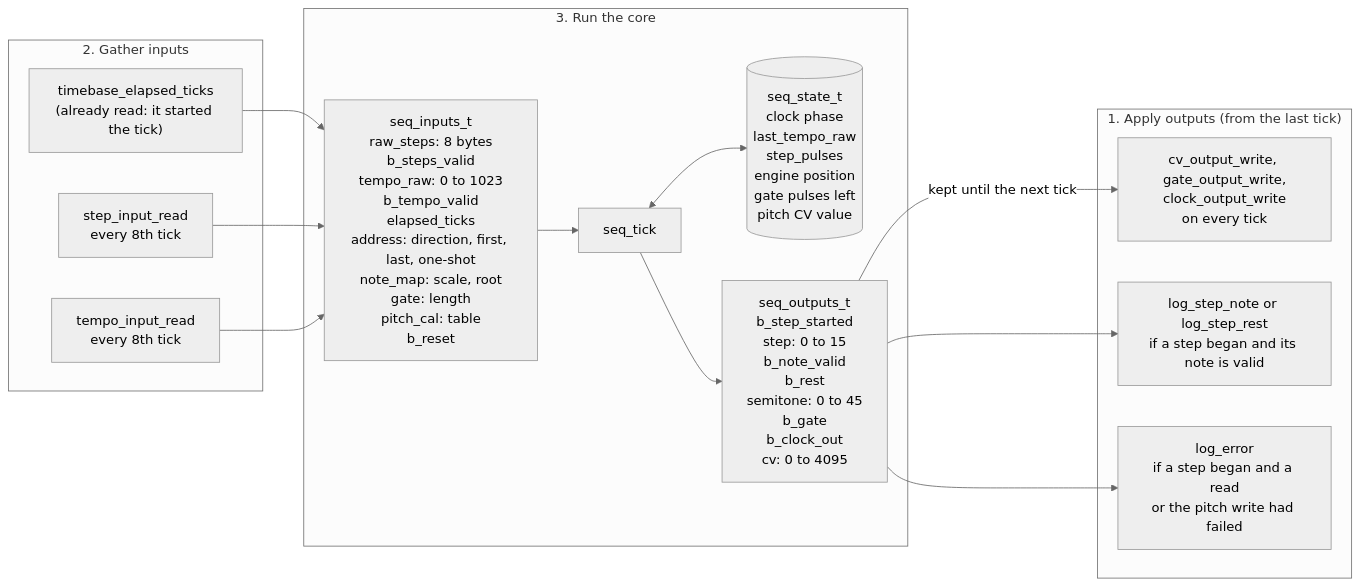
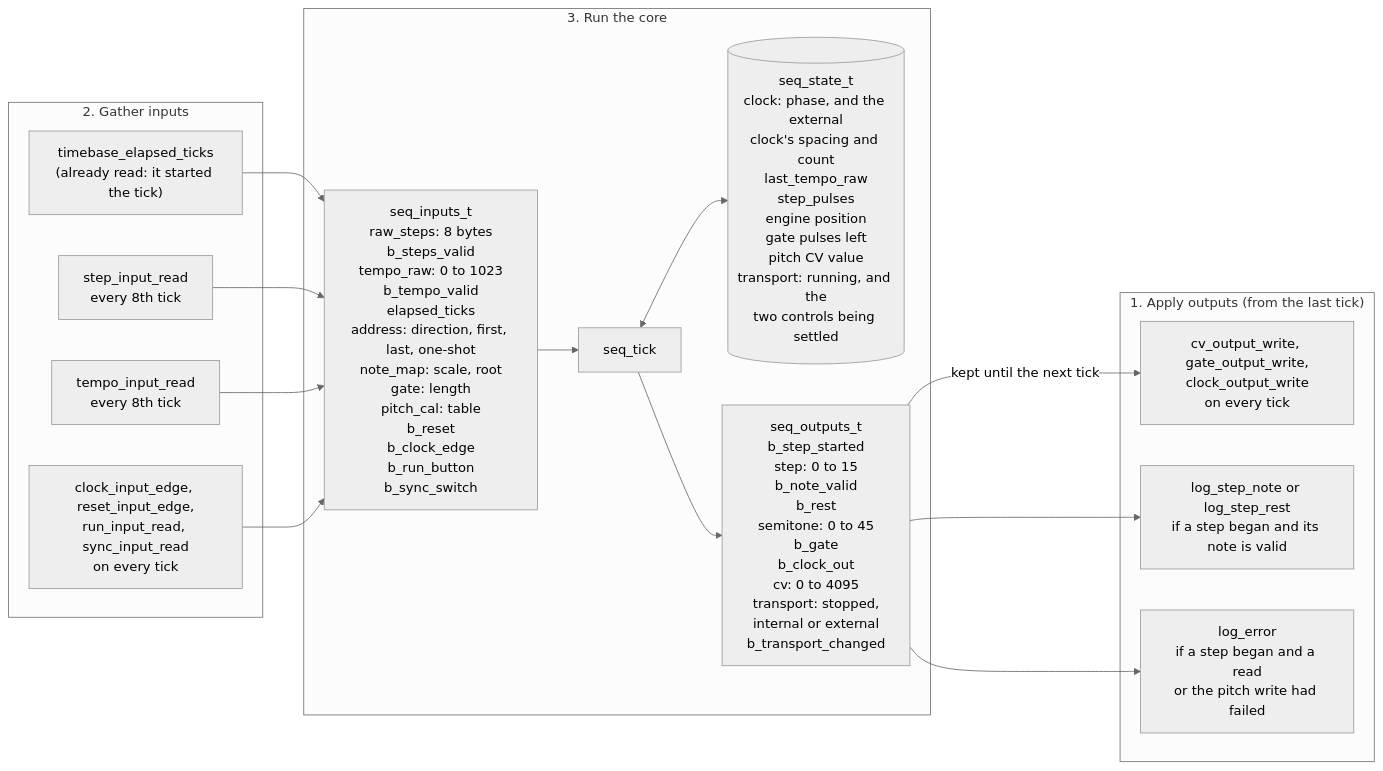
The fifth of 26 diagrams in docs/ARCHITECTURE.md (BonelessPig/nano_sequencer), drawn with Mermaid (neutral theme) before and after one commit. The commit also changed other lines of this file and 66 other files, not shown here.

First line of the commit message:
Phase 6: clock and reset inputs, a run button and a sync switch

````diff
--- a/docs/ARCHITECTURE.md
+++ b/docs/ARCHITECTURE.md
@@ -206,28 +221,30 @@
 ```mermaid
 flowchart LR
     subgraph apply["1. Apply outputs (from the last tick)"]
         pins["cv_output_write, gate_output_write,<br/>clock_output_write<br/>on every tick"]
         logn["log_step_note or log_step_rest<br/>if a step began and its note is valid"]
         loge["log_error<br/>if a step began and a read<br/>or the pitch write had failed"]
     end
     subgraph gather["2. Gather inputs"]
         tb["timebase_elapsed_ticks<br/>(already read: it started the tick)"]
         sr["step_input_read<br/>every 8th tick"]
         tr["tempo_input_read<br/>every 8th tick"]
+        ti["clock_input_edge, reset_input_edge,<br/>run_input_read, sync_input_read<br/>on every tick"]
     end
     subgraph run["3. Run the core"]
-        in["seq_inputs_t<br/>raw_steps: 8 bytes<br/>b_steps_valid<br/>tempo_raw: 0 to 1023<br/>b_tempo_valid<br/>elapsed_ticks<br/>address: direction, first, last, one-shot<br/>note_map: scale, root<br/>gate: length<br/>pitch_cal: table<br/>b_reset"]
+        in["seq_inputs_t<br/>raw_steps: 8 bytes<br/>b_steps_valid<br/>tempo_raw: 0 to 1023<br/>b_tempo_valid<br/>elapsed_ticks<br/>address: direction, first, last, one-shot<br/>note_map: scale, root<br/>gate: length<br/>pitch_cal: table<br/>b_reset<br/>b_clock_edge<br/>b_run_button<br/>b_sync_switch"]
         tick["seq_tick"]
-        state[("seq_state_t<br/>clock phase<br/>last_tempo_raw<br/>step_pulses<br/>engine position<br/>gate pulses left<br/>pitch CV value")]
-        out["seq_outputs_t<br/>b_step_started<br/>step: 0 to 15<br/>b_note_valid<br/>b_rest<br/>semitone: 0 to 45<br/>b_gate<br/>b_clock_out<br/>cv: 0 to 4095"]
+        state[("seq_state_t<br/>clock: phase, and the external<br/>clock's spacing and count<br/>last_tempo_raw<br/>step_pulses<br/>engine position<br/>gate pulses left<br/>pitch CV value<br/>transport: running, and the<br/>two controls being settled")]
+        out["seq_outputs_t<br/>b_step_started<br/>step: 0 to 15<br/>b_note_valid<br/>b_rest<br/>semitone: 0 to 45<br/>b_gate<br/>b_clock_out<br/>cv: 0 to 4095<br/>transport: stopped,<br/>internal or external<br/>b_transport_changed"]
     end
     tb --> in
     sr --> in
     tr --> in
+    ti --> in
     in --> tick
     tick <--> state
     tick --> out
     out -->|"kept until the next tick"| pins
     out --> logn
     out --> loge
 ```
````
